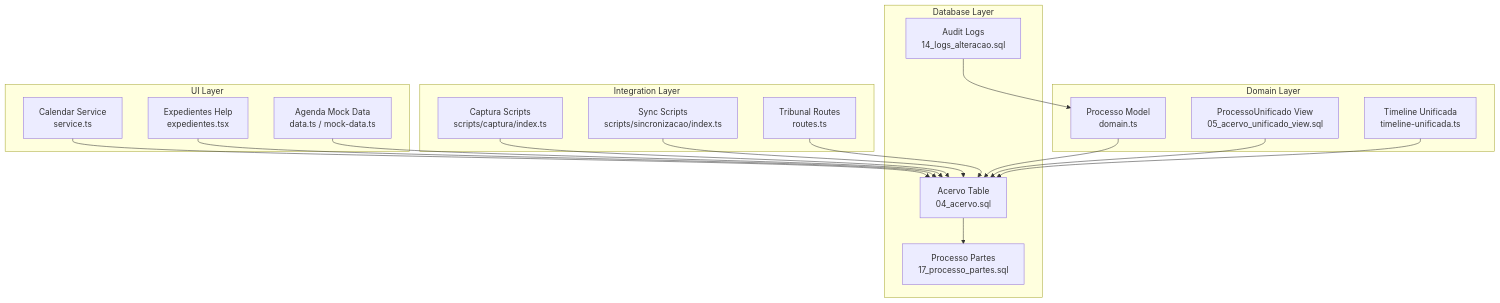
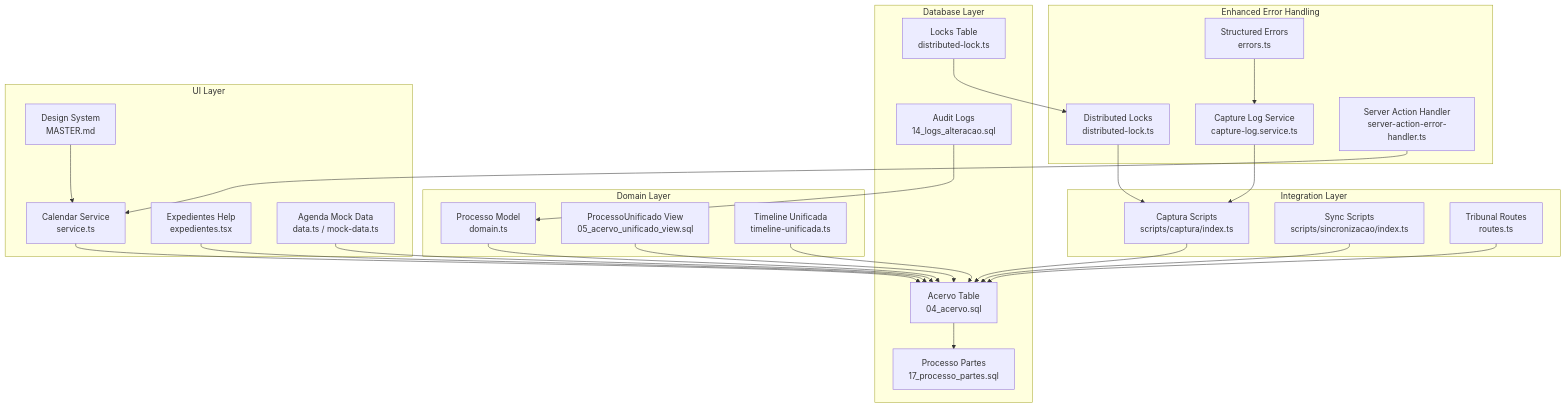
The first of 14 diagrams in .qoder/repowiki/en/content/Legal Process Management System/Legal Process Management System.md (SinesysTech/zattar-os), drawn with Mermaid before and after one commit. The commit also changed other lines of this file and 6 other files, not shown here.

````diff
--- a/.qoder/repowiki/en/content/Legal Process Management System/Legal Process Management System.md
+++ b/.qoder/repowiki/en/content/Legal Process Management System/Legal Process Management System.md
@@ -50,34 +69,48 @@
 ```mermaid
 graph TB
 subgraph "Domain Layer"
 D1["Processo Model<br/>domain.ts"]
 D2["ProcessoUnificado View<br/>05_acervo_unificado_view.sql"]
 D3["Timeline Unificada<br/>timeline-unificada.ts"]
 end
 subgraph "Database Layer"
 DB1["Acervo Table<br/>04_acervo.sql"]
 DB2["Processo Partes<br/>17_processo_partes.sql"]
 DB3["Audit Logs<br/>14_logs_alteracao.sql"]
+DB4["Locks Table<br/>distributed-lock.ts"]
+end
+subgraph "Enhanced Error Handling"
+EH1["Capture Log Service<br/>capture-log.service.ts"]
+EH2["Structured Errors<br/>errors.ts"]
+EH3["Distributed Locks<br/>distributed-lock.ts"]
+EH4["Server Action Handler<br/>server-action-error-handler.ts"]
 end
 subgraph "Integration Layer"
 API1["Captura Scripts<br/>scripts/captura/index.ts"]
 API2["Sync Scripts<br/>scripts/sincronizacao/index.ts"]
 API3["Tribunal Routes<br/>routes.ts"]
 end
 subgraph "UI Layer"
 UI1["Calendar Service<br/>service.ts"]
 UI2["Expedientes Help<br/>expedientes.tsx"]
 UI3["Agenda Mock Data<br/>data.ts / mock-data.ts"]
+UI4["Design System<br/>MASTER.md"]
 end
 D1 --> DB1
 D2 --> DB1
 D3 --> DB1
 DB1 --> DB2
 DB3 --> D1
+DB4 --> EH3
+EH1 --> API1
+EH2 --> EH1
+EH3 --> API1
+EH4 --> UI1
 API1 --> DB1
 API2 --> DB1
 API3 --> DB1
 UI1 --> DB1
 UI2 --> DB1
 UI3 --> DB1
+UI4 --> UI1
 ```
````
